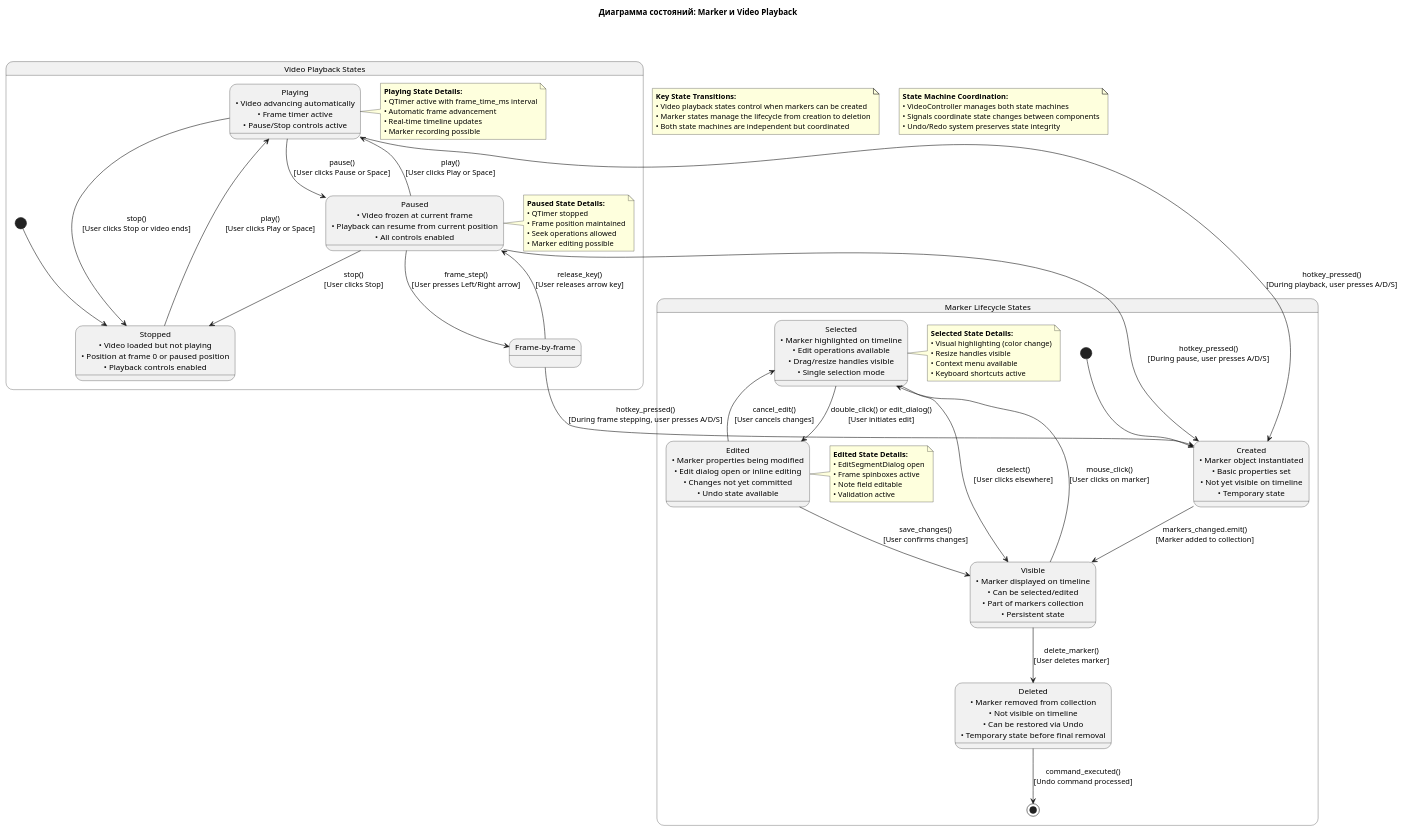
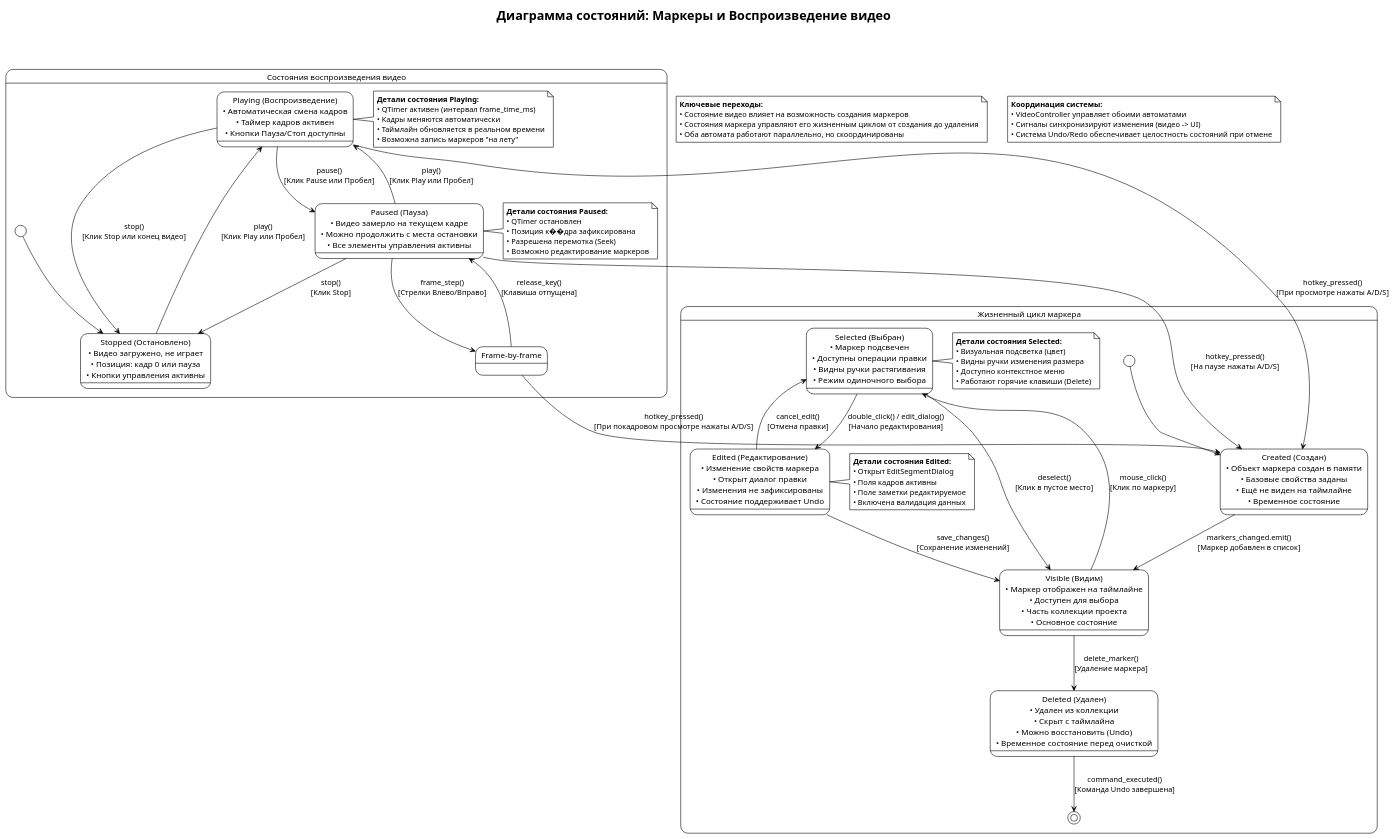
The diagram in docs/uml/extended_state_machine_diagram.puml (mijeha4/hockey_editor), drawn with PlantUML before and after one commit. The commit also changed 14 other files, not shown here.

Commit message:
небольшие технические исправления в создании отрезков и доработанные диаграммы

```diff
--- a/docs/uml/extended_state_machine_diagram.puml
+++ b/docs/uml/extended_state_machine_diagram.puml
@@ -1,91 +1,95 @@
 @startuml Extended State Machine Diagram
-title Диаграмма состояний: Marker и Video Playback
+!theme plain
+title Диаграмма состояний: Маркеры и Воспроизведение видео
 
-state "Video Playback States" as VideoStates {
+' ================== СОСТОЯНИЯ ВИДЕОПЛЕЕРА ==================
+state "Состояния воспроизведения видео" as VideoStates {
     [*] --> Stopped
 
-    state Stopped as "Stopped\n• Video loaded but not playing\n• Position at frame 0 or paused position\n• Playback controls enabled"
-    state Playing as "Playing\n• Video advancing automatically\n• Frame timer active\n• Pause/Stop controls active"
-    state Paused as "Paused\n• Video frozen at current frame\n• Playback can resume from current position\n• All controls enabled"
+    state Stopped as "Stopped (Остановлено)\n• Видео загружено, не играет\n• Позиция: кадр 0 или пауза\n• Кнопки управления активны"
+    state Playing as "Playing (Воспроизведение)\n• Автоматическая смена кадров\n• Таймер кадров активен\n• Кнопки Пауза/Стоп доступны"
+    state Paused as "Paused (Пауза)\n• Видео замерло на текущем кадре\n• Можно продолжить с места остановки\n• Все элементы управления активны"
     state "Frame-by-frame" as FrameByFrame
 
-    Stopped --> Playing : play()\n[User clicks Play or Space]
-    Playing --> Paused : pause()\n[User clicks Pause or Space]
-    Paused --> Playing : play()\n[User clicks Play or Space]
-    Playing --> Stopped : stop()\n[User clicks Stop or video ends]
-    Paused --> Stopped : stop()\n[User clicks Stop]
-    Paused --> FrameByFrame : frame_step()\n[User presses Left/Right arrow]
-    FrameByFrame --> Paused : release_key()\n[User releases arrow key]
+    Stopped --> Playing : play()\n[Клик Play или Пробел]
+    Playing --> Paused : pause()\n[Клик Pause или Пробел]
+    Paused --> Playing : play()\n[Клик Play или Пробел]
+    Playing --> Stopped : stop()\n[Клик Stop или конец видео]
+    Paused --> Stopped : stop()\n[Клик Stop]
+    Paused --> FrameByFrame : frame_step()\n[Стрелки Влево/Вправо]
+    FrameByFrame --> Paused : release_key()\n[Клавиша отпущена]
 
     note right of Playing
-      **Playing State Details:**
-      • QTimer active with frame_time_ms interval
-      • Automatic frame advancement
-      • Real-time timeline updates
-      • Marker recording possible
+      **Детали состояния Playing:**
+      • QTimer активен (интервал frame_time_ms)
+      • Кадры меняются автоматически
+      • Таймлайн обновляется в реальном времени
+      • Возможна запись маркеров "на лету"
     end note
 
     note right of Paused
-      **Paused State Details:**
-      • QTimer stopped
-      • Frame position maintained
-      • Seek operations allowed
-      • Marker editing possible
+      **Детали состояния Paused:**
+      • QTimer остановлен
+      • Позиция к��дра зафиксирована
+      • Разрешена перемотка (Seek)
+      • Возможно редактирование маркеров
     end note
 }
 
-state "Marker Lifecycle States" as MarkerStates {
+' ================== СОСТОЯНИЯ ЖИЗНЕННОГО ЦИКЛА МАРКЕРА ==================
+state "Жизненный цикл маркера" as MarkerStates {
     [*] --> Created
 
-    state Created as "Created\n• Marker object instantiated\n• Basic properties set\n• Not yet visible on timeline\n• Temporary state"
-    state Visible as "Visible\n• Marker displayed on timeline\n• Can be selected/edited\n• Part of markers collection\n• Persistent state"
-    state Selected as "Selected\n• Marker highlighted on timeline\n• Edit operations available\n• Drag/resize handles visible\n• Single selection mode"
-    state Edited as "Edited\n• Marker properties being modified\n• Edit dialog open or inline editing\n• Changes not yet committed\n• Undo state available"
-    state Deleted as "Deleted\n• Marker removed from collection\n• Not visible on timeline\n• Can be restored via Undo\n• Temporary state before final removal"
+    state Created as "Created (Создан)\n• Объект маркера создан в памяти\n• Базовые свойства заданы\n• Ещё не виден на таймлайне\n• Временное состояние"
+    state Visible as "Visible (Видим)\n• Маркер отображен на таймлайне\n• Доступен для выбора\n• Часть коллекции проекта\n• Основное состояние"
+    state Selected as "Selected (Выбран)\n• Маркер подсвечен\n• Доступны операции правки\n• Видны ручки растягивания\n• Режим одиночного выбора"
+    state Edited as "Edited (Редактирование)\n• Изменение свойств маркера\n• Открыт диалог правки\n• Изменения не зафиксированы\n• Состояние поддерживает Undo"
+    state Deleted as "Deleted (Удален)\n• Удален из коллекции\n• Скрыт с таймлайна\n• Можно восстановить (Undo)\n• Временное состояние перед очисткой"
 
-    Created --> Visible : markers_changed.emit()\n[Marker added to collection]
-    Visible --> Selected : mouse_click()\n[User clicks on marker]
-    Selected --> Edited : double_click() or edit_dialog()\n[User initiates edit]
-    Edited --> Visible : save_changes()\n[User confirms changes]
-    Edited --> Selected : cancel_edit()\n[User cancels changes]
-    Selected --> Visible : deselect()\n[User clicks elsewhere]
-    Visible --> Deleted : delete_marker()\n[User deletes marker]
-    Deleted --> [*] : command_executed()\n[Undo command processed]
+    Created --> Visible : markers_changed.emit()\n[Маркер добавлен в список]
+    Visible --> Selected : mouse_click()\n[Клик по маркеру]
+    Selected --> Edited : double_click() / edit_dialog()\n[Начало редактирования]
+    Edited --> Visible : save_changes()\n[Сохранение изменений]
+    Edited --> Selected : cancel_edit()\n[Отмена правки]
+    Selected --> Visible : deselect()\n[Клик в пустое место]
+    Visible --> Deleted : delete_marker()\n[Удаление маркера]
+    Deleted --> [*] : command_executed()\n[Команда Undo завершена]
 
     note right of Selected
-      **Selected State Details:**
-      • Visual highlighting (color change)
-      • Resize handles visible
-      • Context menu available
-      • Keyboard shortcuts active
+      **Детали состояния Selected:**
+      • Визуальная подсветка (цвет)
+      • Видны ручки изменения размера
+      • Доступно контекстное меню
+      • Работают горячие клавиши (Delete)
     end note
 
     note right of Edited
-      **Edited State Details:**
-      • EditSegmentDialog open
-      • Frame spinboxes active
-      • Note field editable
-      • Validation active
+      **Детали состояния Edited:**
+      • Открыт EditSegmentDialog
+      • Поля кадров активны
+      • Поле заметки редактируемое
+      • Включена валидация данных
     end note
 }
 
-' Transitions between state machines
-Playing --> Created : hotkey_pressed()\n[During playback, user presses A/D/S]
-Paused --> Created : hotkey_pressed()\n[During pause, user presses A/D/S]
-FrameByFrame --> Created : hotkey_pressed()\n[During frame stepping, user presses A/D/S]
+' ================== ПЕРЕХОДЫ МЕЖДУ АВТОМАТАМИ ==================
+Playing --> Created : hotkey_pressed()\n[При просмотре нажаты A/D/S]
+Paused --> Created : hotkey_pressed()\n[На паузе нажаты A/D/S]
+FrameByFrame --> Created : hotkey_pressed()\n[При покадровом просмотре нажаты A/D/S]
 
+' ================== ОБЩИЕ ЗАМЕТКИ ==================
 note as N1
-  **Key State Transitions:**
-  • Video playback states control when markers can be created
-  • Marker states manage the lifecycle from creation to deletion
-  • Both state machines are independent but coordinated
+  **Ключевые переходы:**
+  • Состояние видео влияет на возможность создания маркеров
+  • Состояния маркера управляют его жизненным циклом от создания до удаления
+  • Оба автомата работают параллельно, но скоординированы
 end note
 
 note as N2
-  **State Machine Coordination:**
-  • VideoController manages both state machines
-  • Signals coordinate state changes between components
-  • Undo/Redo system preserves state integrity
+  **Координация системы:**
+  • VideoController управляет обоими автоматами
+  • Сигналы синхронизируют изменения (видео -> UI)
+  • Система Undo/Redo обеспечивает целостность состояний при отмене
 end note
 
 @enduml
```
